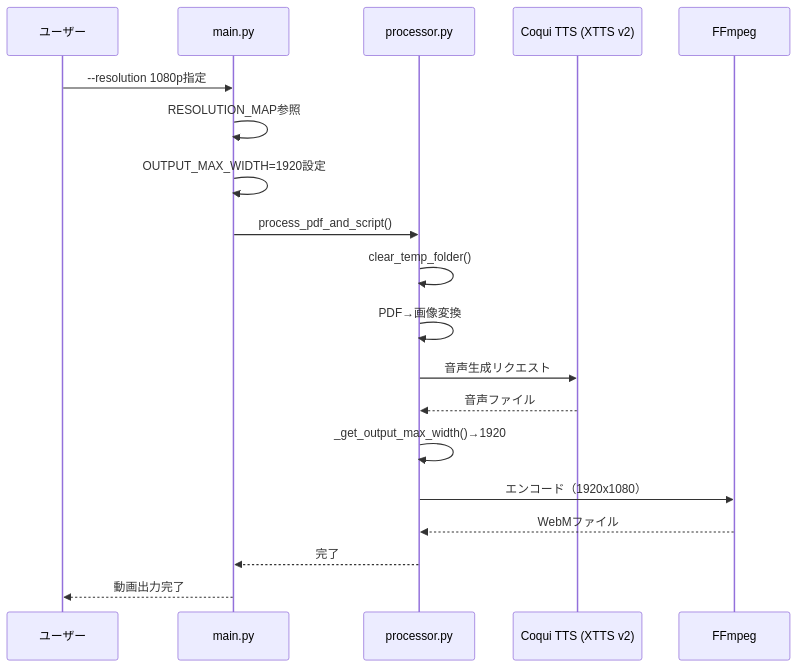
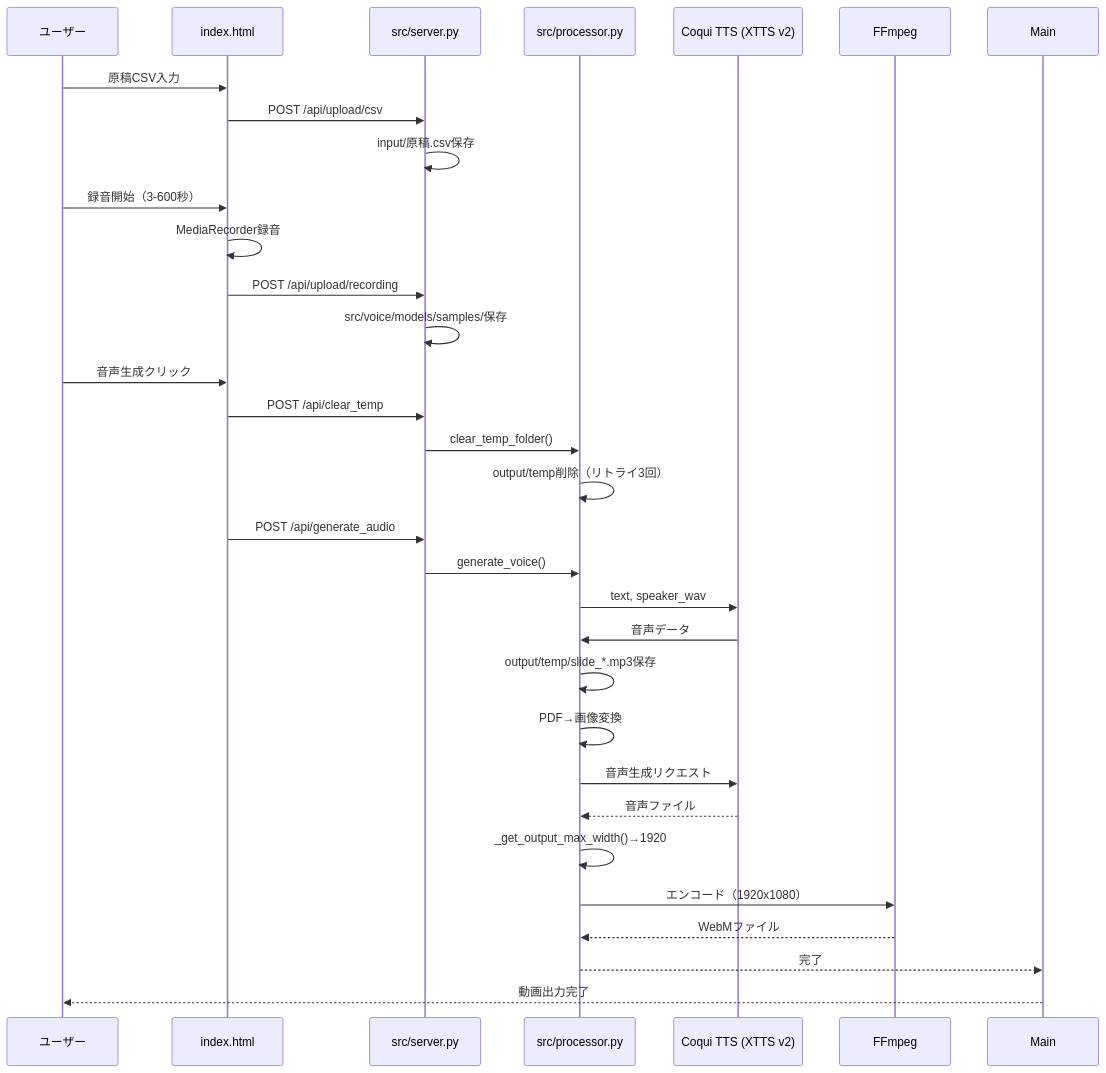
The third of 5 diagrams in docs/完全仕様書.md (J1921604/MyVoice-Maker), drawn with Mermaid before and after one commit. The commit also changed other lines of this file and 8 other files, not shown here.

````diff
--- a/docs/完全仕様書.md
+++ b/docs/完全仕様書.md
@@ -141,22 +127,36 @@
 ```mermaid
 sequenceDiagram
     participant User as ユーザー
-    participant Main as main.py
-    participant Proc as processor.py
+    participant HTML as index.html
+    participant Server as src/server.py
+    participant Proc as src/processor.py
     participant TTS as Coqui TTS (XTTS v2)
-    participant FFmpeg as FFmpeg
 
-    User->>Main: --resolution 1080p指定
-    Main->>Main: RESOLUTION_MAP参照
-    Main->>Main: OUTPUT_MAX_WIDTH=1920設定
-    Main->>Proc: process_pdf_and_script()
-    Proc->>Proc: clear_temp_folder()
+    User->>HTML: 原稿CSV入力
+    HTML->>Server: POST /api/upload/csv
+    Server->>Server: input/原稿.csv保存
+    
+    User->>HTML: 録音開始（3-600秒）
+    HTML->>HTML: MediaRecorder録音
+    HTML->>Server: POST /api/upload/recording
+    Server->>Server: src/voice/models/samples/保存
+    
+    User->>HTML: 音声生成クリック
+    HTML->>Server: POST /api/clear_temp
+    Server->>Proc: clear_temp_folder()
+    Proc->>Proc: output/temp削除（リトライ3回）
+    
+    HTML->>Server: POST /api/generate_audio
+    Server->>Proc: generate_voice()
+    Proc->>TTS: text, speaker_wav
+    TTS->>Proc: 音声データ
+    Proc->>Proc: output/temp/slide_*.mp3保存
     Proc->>Proc: PDF→画像変換
     Proc->>TTS: 音声生成リクエスト
     TTS-->>Proc: 音声ファイル
     Proc->>Proc: _get_output_max_width()→1920
     Proc->>FFmpeg: エンコード（1920x1080）
     FFmpeg-->>Proc: WebMファイル
     Proc-->>Main: 完了
     Main-->>User: 動画出力完了
 ```
````
